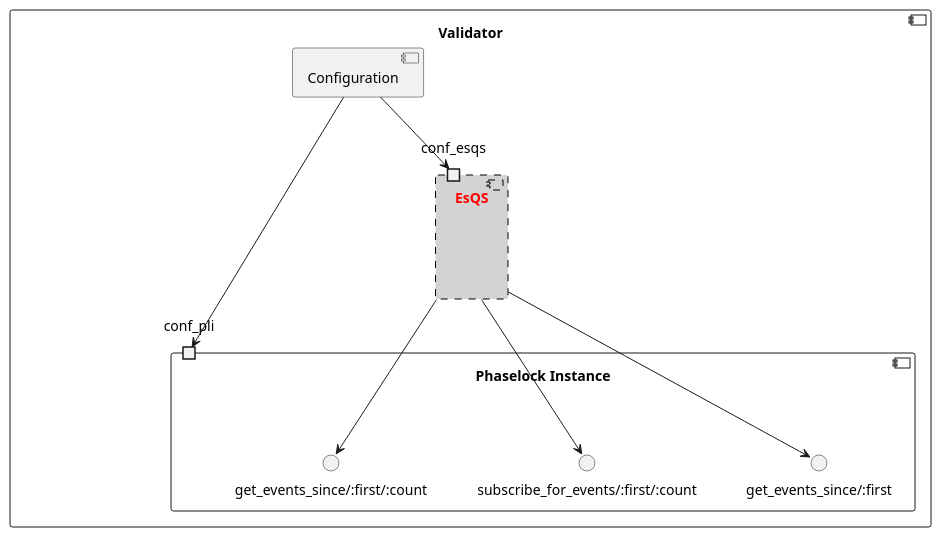
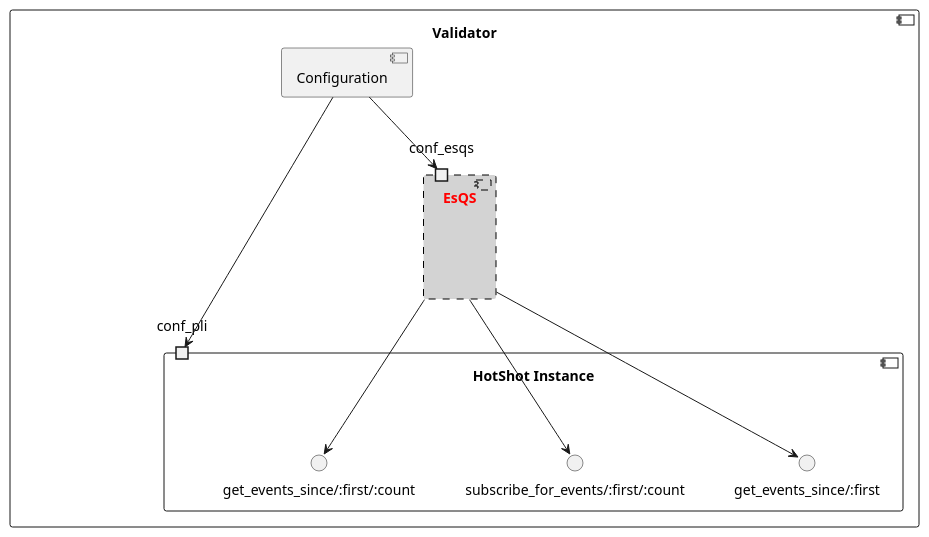
Before and after one commit to EspressoSystems/espresso: the diagram in doc/architecture/validator_components.puml, drawn with PlantUML. The commit also changed 19 other files, not shown here.

```diff
--- a/doc/architecture/validator_components.puml
+++ b/doc/architecture/validator_components.puml
@@ -1,27 +1,27 @@
 @startuml
 
 component Validator {
 
     component Conf as "Configuration"
 
-    component Phaselock as "Phaselock Instance" {
+    component HotShot as "HotShot Instance" {
         portin conf_pli
         interface "get_events_since/:first" as if1
         interface "get_events_since/:first/:count" as if2
         interface "subscribe_for_events/:first/:count" as if3
     }
 
     component EsQS  #lightgray;line:black;line.dashed;text:red {
         portin conf_esqs
     }
 
     Conf -down-> conf_esqs
     Conf -down-> conf_pli
 
     EsQS -down-> if1
     EsQS --down-> if2
     EsQS -down-> if3
 
 }
 
 @enduml
```
